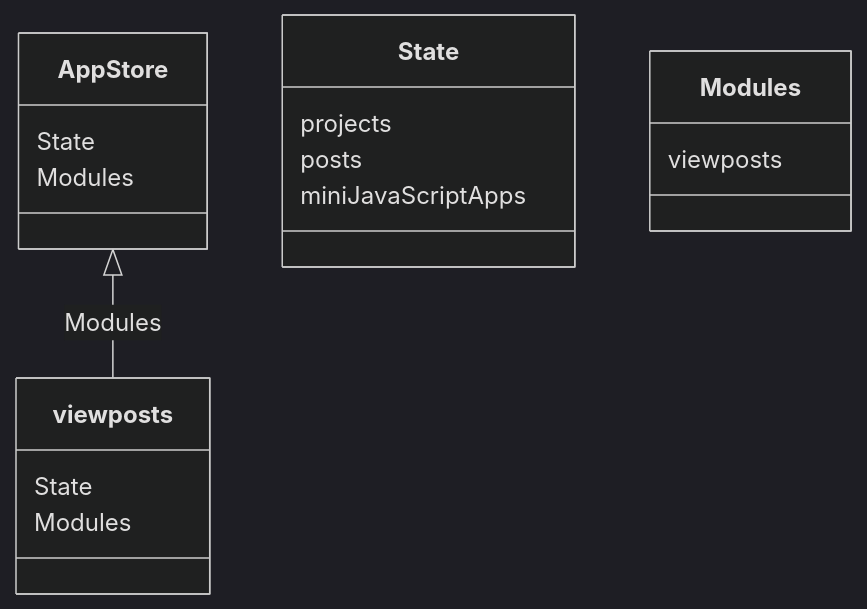
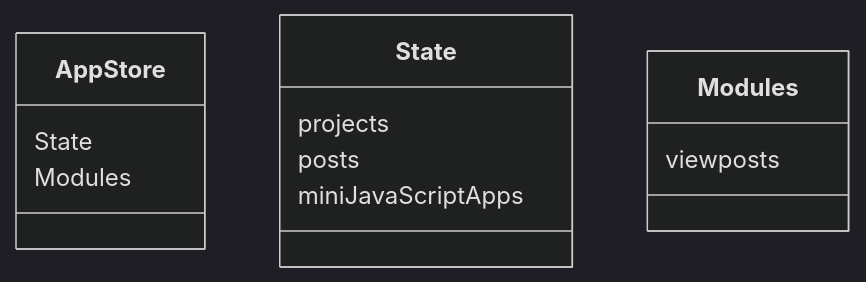
Before and after one commit to f2xiao/site: the first of 2 diagrams in README.md, drawn with Mermaid (dark theme).

````diff
--- a/README.md
+++ b/README.md
@@ -7,14 +7,11 @@
 ```mermaid
 classDiagram
-  App Store <|-- viewposts : Modules
   App Store : State
   App Store : Modules
-  viewposts : State
-  viewposts : Modules
   class State
   State : projects
   State : posts
   State : miniJavaScriptApps
   class Modules
   Modules : viewposts
 ```
````
